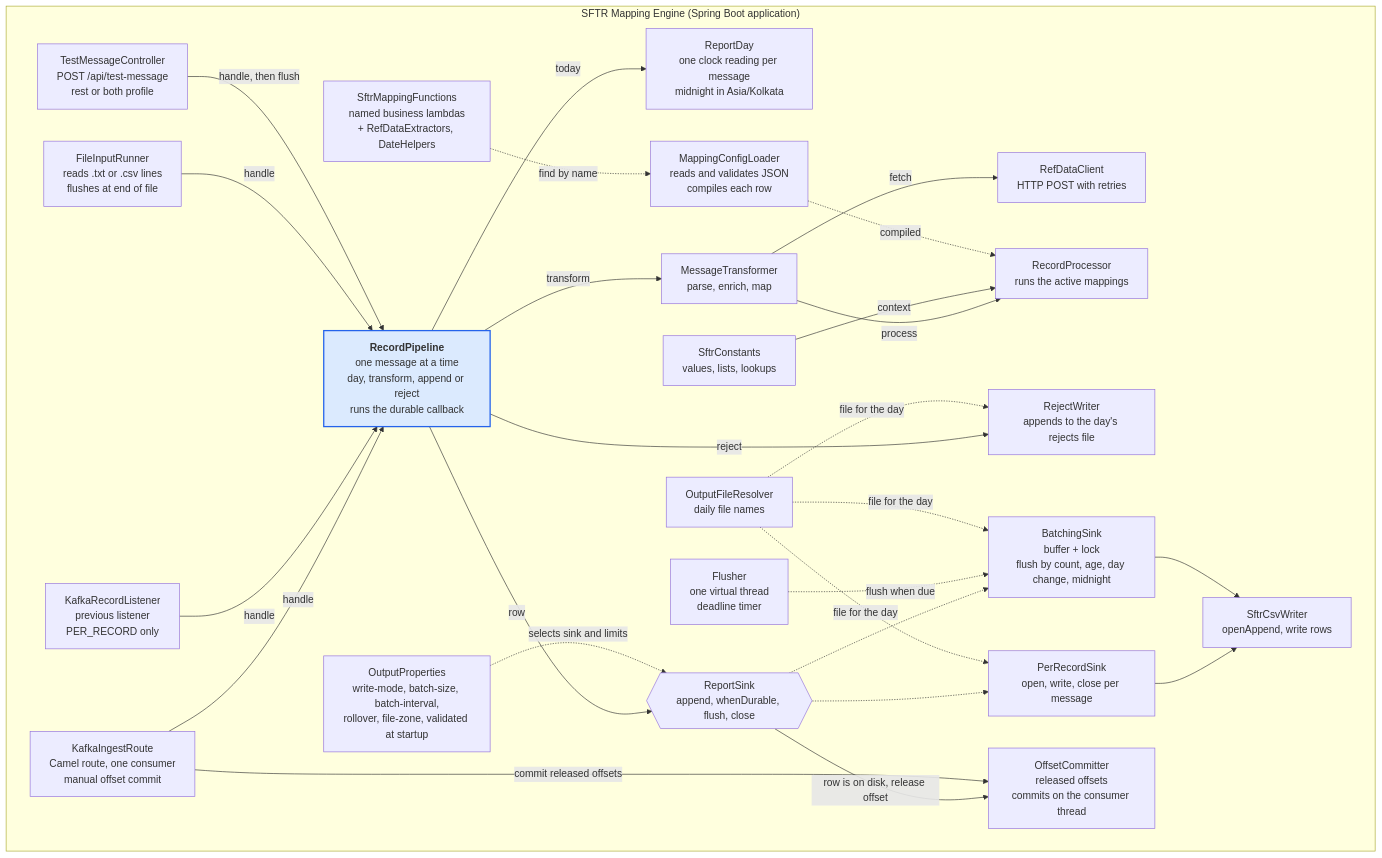
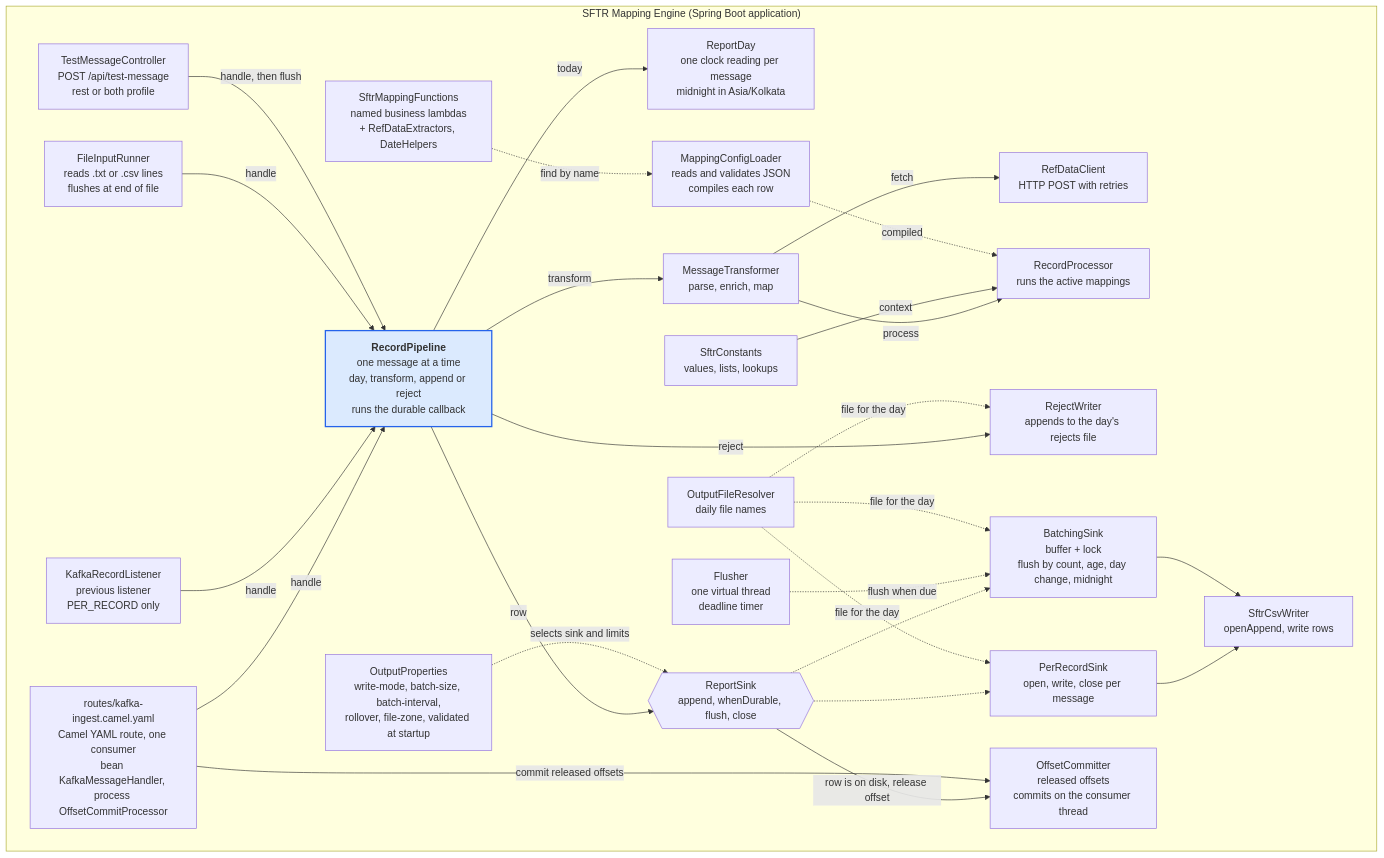
The third of 9 diagrams in docs/c4-architecture.md (shanregs/msg-transformer), drawn with Mermaid before and after one commit. The commit also changed other lines of this file and 8 other files, not shown here.

First line of the commit message:
Docs: message publisher, YAML Kafka route, mapper/ path

````diff
--- a/docs/c4-architecture.md
+++ b/docs/c4-architecture.md
@@ -44,53 +44,53 @@
 ```mermaid
 flowchart TB
     subgraph engine["SFTR Mapping Engine (Spring Boot application)"]
-        route["KafkaIngestRoute<br/>Camel route, one consumer<br/>manual offset commit"]
+        route["routes/kafka-ingest.camel.yaml<br/>Camel YAML route, one consumer<br/>bean KafkaMessageHandler, process OffsetCommitProcessor"]
         legacy["KafkaRecordListener<br/>previous listener<br/>PER_RECORD only"]
         file["FileInputRunner<br/>reads .txt or .csv lines<br/>flushes at end of file"]
         rest["TestMessageController<br/>POST /api/test-message<br/>rest or both profile"]
         pipe["<b>RecordPipeline</b><br/>one message at a time<br/>day, transform, append or reject<br/>runs the durable callback"]
         day["ReportDay<br/>one clock reading per message<br/>midnight in Asia/Kolkata"]
         tf["MessageTransformer<br/>parse, enrich, map"]
         ref["RefDataClient<br/>HTTP POST with retries"]
         proc["RecordProcessor<br/>runs the active mappings"]
         sink{{"ReportSink<br/>append, whenDurable, flush, close"}}
         per["PerRecordSink<br/>open, write, close per message"]
         batch["BatchingSink<br/>buffer + lock<br/>flush by count, age, day change, midnight"]
         timer["Flusher<br/>one virtual thread<br/>deadline timer"]
         rej["RejectWriter<br/>appends to the day's rejects file"]
         csv["SftrCsvWriter<br/>openAppend, write rows"]
         files["OutputFileResolver<br/>daily file names"]
         commit["OffsetCommitter<br/>released offsets<br/>commits on the consumer thread"]
         props["OutputProperties<br/>write-mode, batch-size, batch-interval,<br/>rollover, file-zone, validated at startup"]
         loader["MappingConfigLoader<br/>reads and validates JSON<br/>compiles each row"]
         fns["SftrMappingFunctions<br/>named business lambdas<br/>+ RefDataExtractors, DateHelpers"]
         consts["SftrConstants<br/>values, lists, lookups"]
 
         route -->|handle| pipe
         legacy -->|handle| pipe
         file -->|handle| pipe
         rest -->|handle, then flush| pipe
         pipe -->|today| day
         pipe -->|transform| tf
         tf -->|fetch| ref
         tf -->|process| proc
         consts -->|context| proc
         pipe -->|row| sink
         pipe -->|reject| rej
         sink -.-> per
         sink -.-> batch
         timer -.->|flush when due| batch
         per --> csv
         batch --> csv
         files -.->|file for the day| per
         files -.->|file for the day| batch
         files -.->|file for the day| rej
         sink -->|row is on disk, release offset| commit
         route -->|commit released offsets| commit
         props -.->|selects sink and limits| sink
         loader -.->|compiled| proc
         fns -.->|find by name| loader
     end
 
     style pipe fill:#dbeafe,stroke:#2563eb,stroke-width:2px
 ```
````
